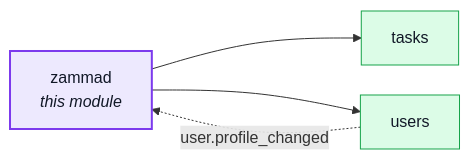
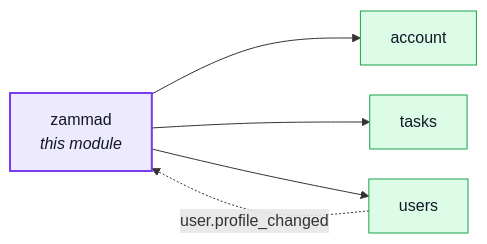
The first of 3 diagrams in docs/modules/zammad.md (Guebbit/boilerplate-node-backend), drawn with Mermaid before and after one commit. The commit also changed other lines of this file and 48 other files, not shown here.

````diff
--- a/docs/modules/zammad.md
+++ b/docs/modules/zammad.md
@@ -23,18 +23,20 @@
 ```mermaid
 %%{init: {'flowchart': {'nodeSpacing': 30, 'rankSpacing': 60}}}%%
 flowchart LR
     zammad["zammad<br/><i>this module</i>"]
+    account["account"]
     tasks["tasks"]
     users["users"]
 
+    zammad --> account
     zammad --> tasks
     zammad --> users
     users -. "user.profile_changed" .-> zammad
 
     classDef core fill:#dbeafe,stroke:#2563eb,color:#111827;
     classDef supporting fill:#fef3c7,stroke:#d97706,color:#111827;
     classDef generic fill:#dcfce7,stroke:#16a34a,color:#111827;
     classDef centre fill:#ede9fe,stroke:#7c3aed,stroke-width:2px,color:#111827;
-    class tasks,users generic;
+    class account,tasks,users generic;
     class zammad centre;
 ```
````
